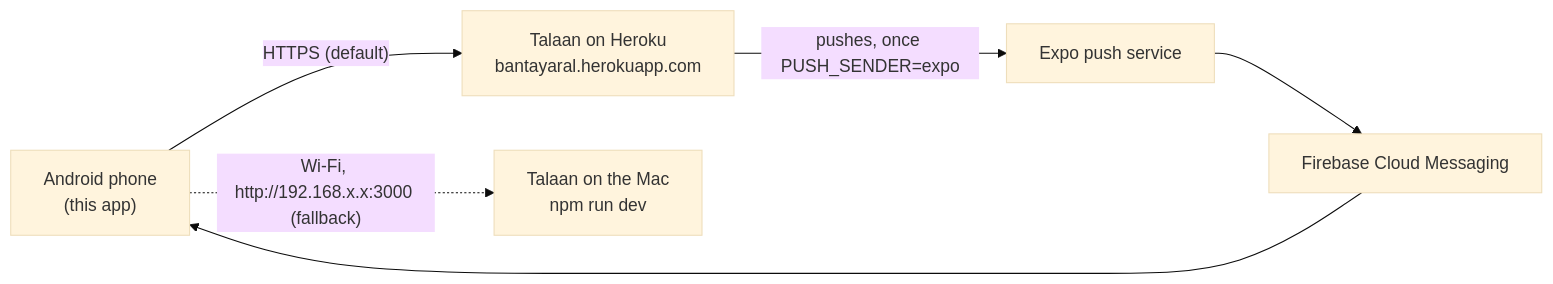
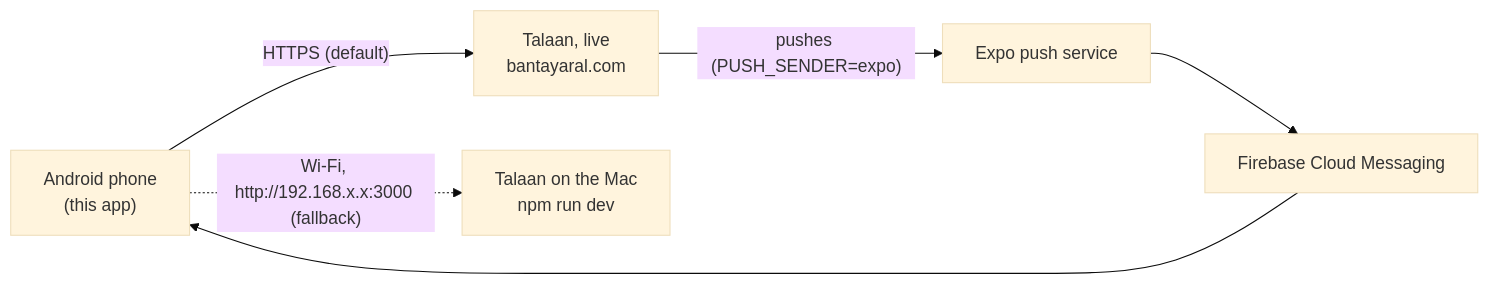
The diagram in docs/SERVER.md (psmacabulos/talaan_mobile), drawn with Mermaid (base theme) before and after one commit. The commit also changed other lines of this file and 17 other files, not shown here.

````diff
--- a/docs/SERVER.md
+++ b/docs/SERVER.md
@@ -14,6 +7,6 @@
 ```mermaid
 flowchart LR
-    Phone["Android phone<br/>(this app)"] -- "HTTPS (default)" --> Heroku["Talaan on Heroku<br/>bantayaral.herokuapp.com"]
+    Phone["Android phone<br/>(this app)"] -- "HTTPS (default)" --> Live["Talaan, live<br/>bantayaral.com"]
     Phone -. "Wi-Fi, http://192.168.x.x:3000 (fallback)" .-> Mac["Talaan on the Mac<br/>npm run dev"]
-    Heroku -- "pushes, once PUSH_SENDER=expo" --> Expo["Expo push service"] --> FCM["Firebase Cloud Messaging"] --> Phone
+    Live -- "pushes (PUSH_SENDER=expo)" --> Expo["Expo push service"] --> FCM["Firebase Cloud Messaging"] --> Phone
 ```
````
